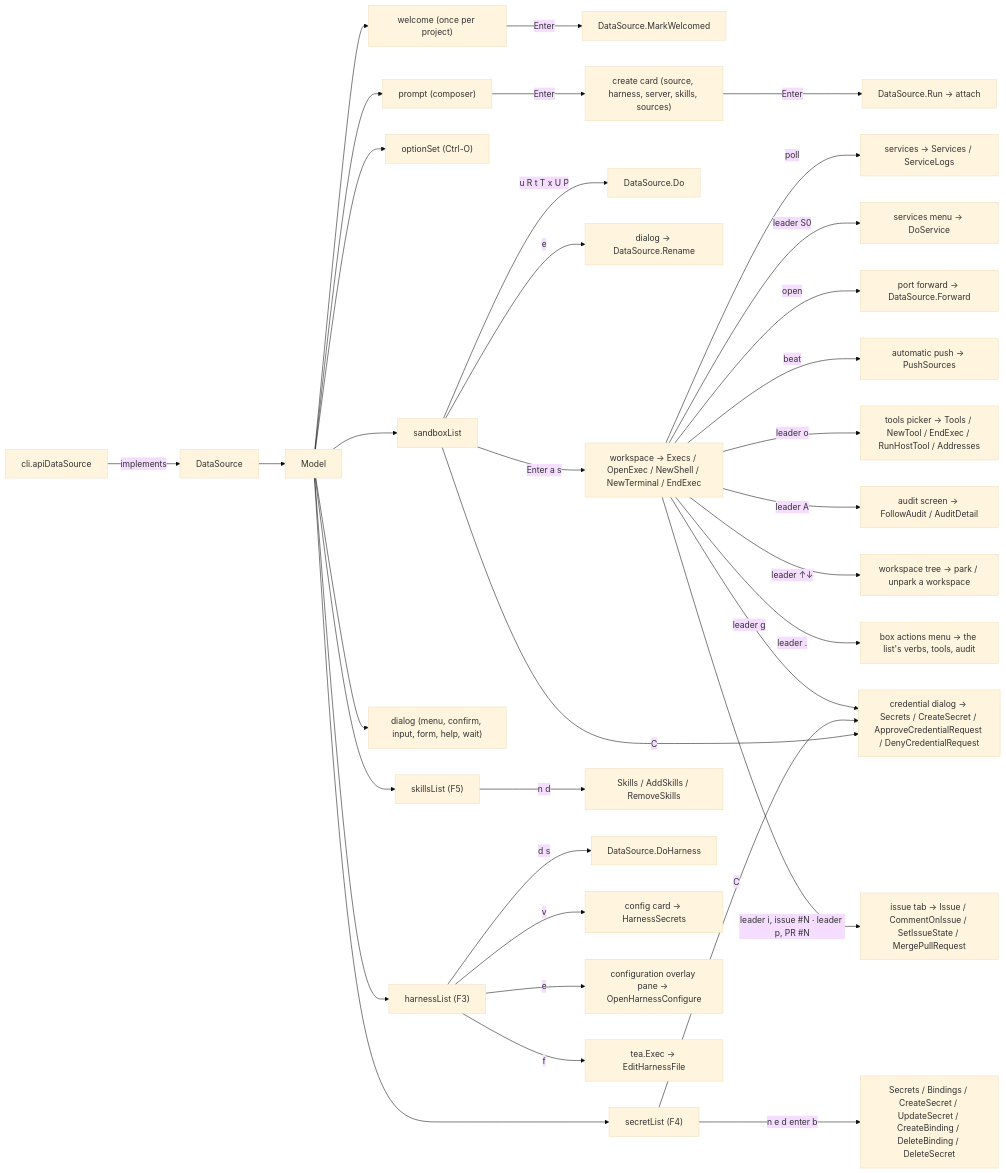
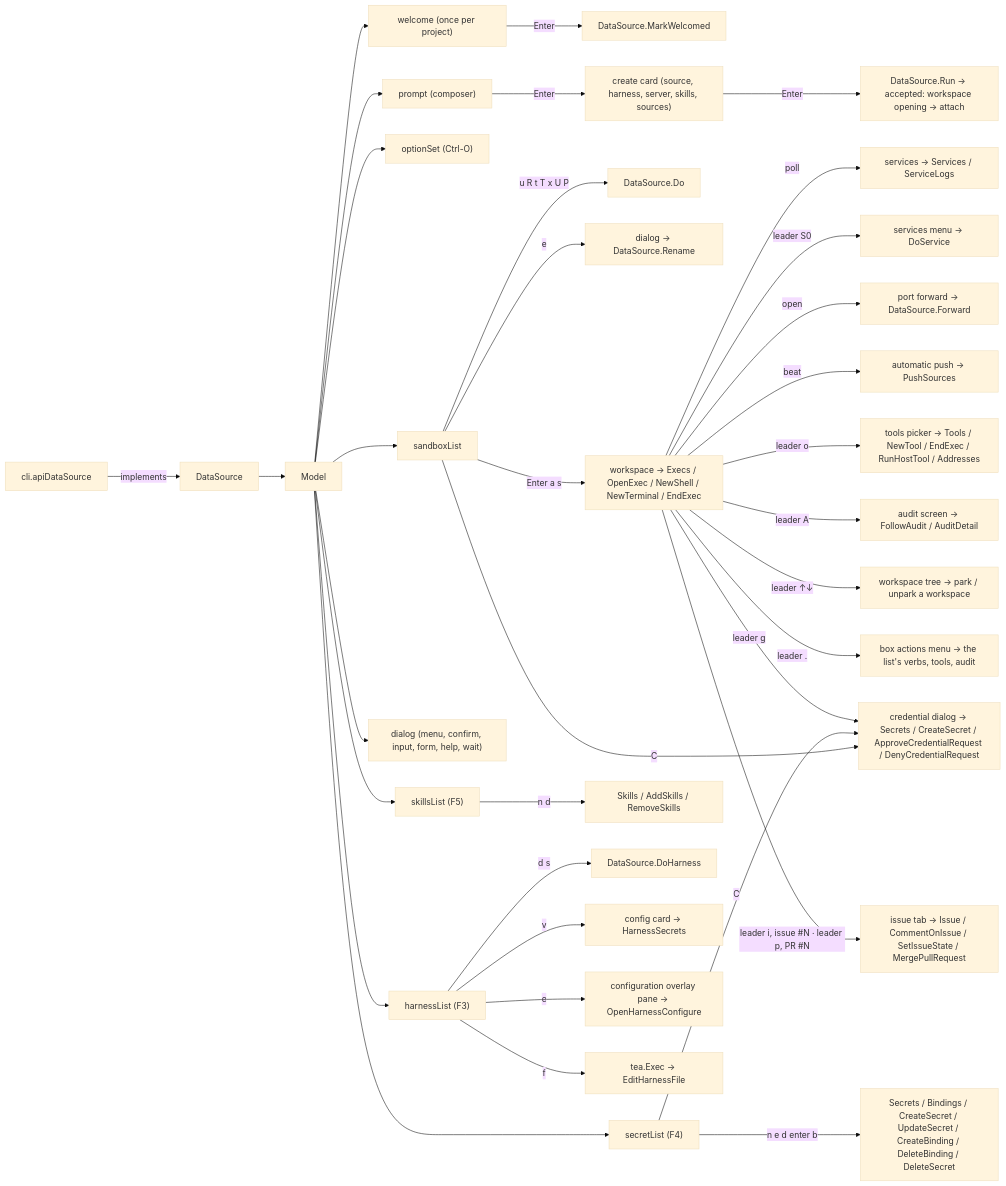
One commit to discobox-ai/discobox changed the first of 2 diagrams in cli/internal/tui/DESIGN.md. Above: the diagram before and after it, drawn with Mermaid (base theme). The commit also changed other lines of this file and 12 other files, not shown here.

````diff
--- a/cli/internal/tui/DESIGN.md
+++ b/cli/internal/tui/DESIGN.md
@@ -14,37 +14,37 @@
 ```mermaid
 flowchart LR
     CLI["cli.apiDataSource"] -->|implements| DS["DataSource"]
     DS --> M["Model"]
     M --> P["prompt (composer)"]
     M --> L["sandboxList"]
     M --> O["optionSet (Ctrl-O)"]
     M --> A["harnessList (F3)"]
     M --> D["dialog (menu, confirm, input, form, help, wait)"]
     M --> W["welcome (once per project)"]
     W -->|Enter| MW["DataSource.MarkWelcomed"]
     P -->|Enter| Card["create card (source, harness, server, skills, sources)"]
-    Card -->|Enter| Run["DataSource.Run → attach"]
+    Card -->|Enter| Run["DataSource.Run → accepted: workspace opening → attach"]
     L -->|u R t T x U P| Verb["DataSource.Do"]
     L -->|e| Rename["dialog → DataSource.Rename"]
     L -->|Enter a s| WS["workspace → Execs / OpenExec / NewShell / NewTerminal / EndExec"]
     WS -->|poll| Svc["services → Services / ServiceLogs"]
     WS -->|leader S0| SvcMenu["services menu → DoService"]
     WS -->|open| Fwd["port forward → DataSource.Forward"]
     WS -->|beat| Push["automatic push → PushSources"]
     L -->|C| Cred["credential dialog → Secrets / CreateSecret / ApproveCredentialRequest / DenyCredentialRequest"]
     M --> S["secretList (F4)"]
     S -->|n e d enter b| SVerb["Secrets / Bindings / CreateSecret / UpdateSecret / CreateBinding / DeleteBinding / DeleteSecret"]
     S -->|C| Cred
     M --> K["skillsList (F5)"]
     K -->|n d| KVerb["Skills / AddSkills / RemoveSkills"]
     WS -->|leader g| Cred
     WS -->|leader o| T["tools picker → Tools / NewTool / EndExec / RunHostTool / Addresses"]
     WS -->|leader A| Aud["audit screen → FollowAudit / AuditDetail"]
     WS -->|leader ↑↓| Tree["workspace tree → park / unpark a workspace"]
     WS -->|leader .| Menu["box actions menu → the list's verbs, tools, audit"]
     WS -->|leader i, issue #N · leader p, PR #N| Iss["issue tab → Issue / CommentOnIssue / SetIssueState / MergePullRequest"]
     A -->|d s| AVerb["DataSource.DoHarness"]
     A -->|v| ACard["config card → HarnessSecrets"]
     A -->|e| ACfg["configuration overlay pane → OpenHarnessConfigure"]
     A -->|f| AExec["tea.Exec → EditHarnessFile"]
 ```
````
